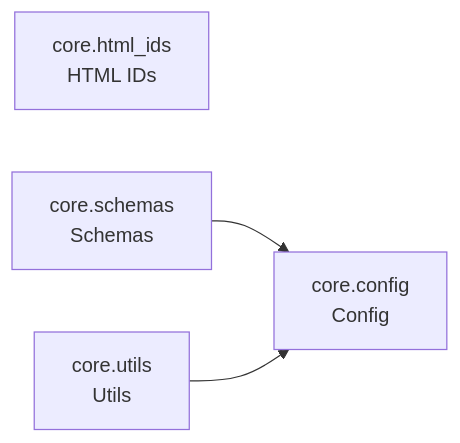
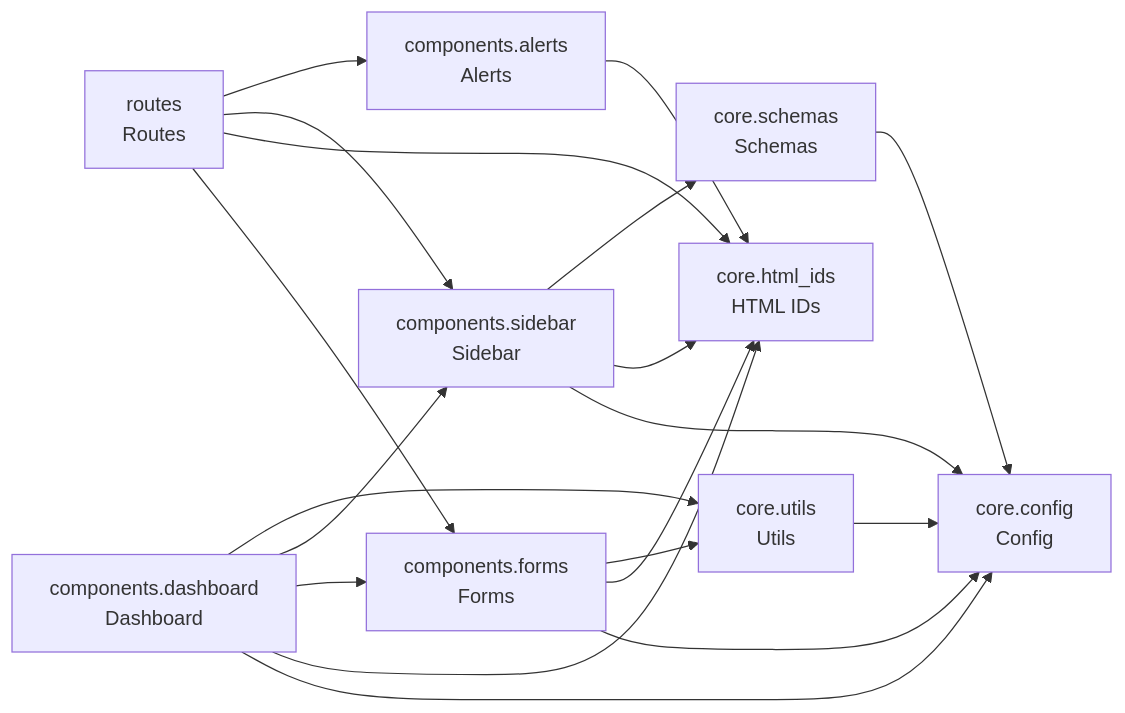
One commit to cj-mills/cjm-fasthtml-settings changed the diagram in README.md. Above: the diagram before and after it, drawn with Mermaid. The commit also changed other lines of this file and 13 other files, not shown here.

Commit message:
Add components and routes notebooks.

````diff
--- a/README.md
+++ b/README.md
@@ -25,10 +31,31 @@
 ``` mermaid
 graph LR
+    components_alerts[components.alerts<br/>Alerts]
+    components_dashboard[components.dashboard<br/>Dashboard]
+    components_forms[components.forms<br/>Forms]
+    components_sidebar[components.sidebar<br/>Sidebar]
     core_config[core.config<br/>Config]
     core_html_ids[core.html_ids<br/>HTML IDs]
     core_schemas[core.schemas<br/>Schemas]
     core_utils[core.utils<br/>Utils]
+    routes[routes<br/>Routes]
 
+    components_alerts --> core_html_ids
+    components_dashboard --> core_utils
+    components_dashboard --> components_sidebar
+    components_dashboard --> components_forms
+    components_dashboard --> core_html_ids
+    components_dashboard --> core_config
+    components_forms --> core_utils
+    components_forms --> core_html_ids
+    components_forms --> core_config
+    components_sidebar --> core_schemas
+    components_sidebar --> core_html_ids
+    components_sidebar --> core_config
     core_schemas --> core_config
     core_utils --> core_config
+    routes --> components_alerts
+    routes --> components_sidebar
+    routes --> core_html_ids
+    routes --> components_forms
 ```
````
